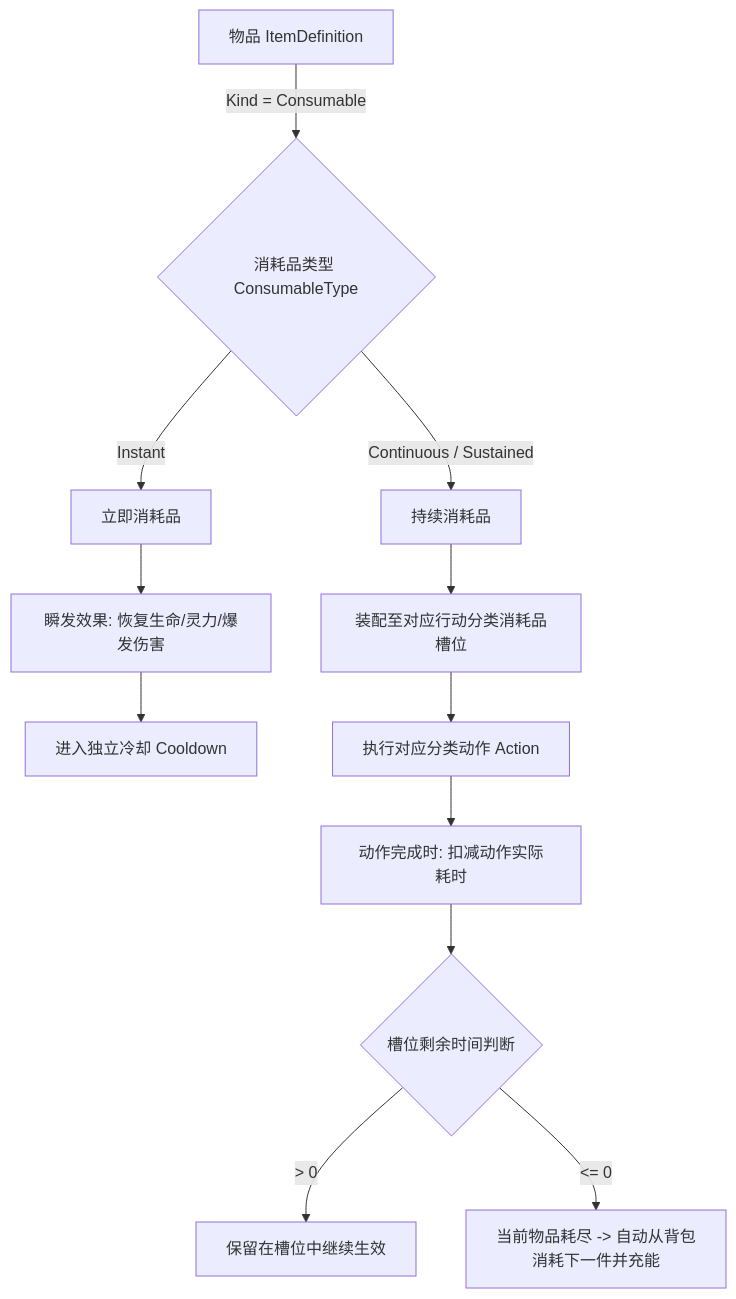
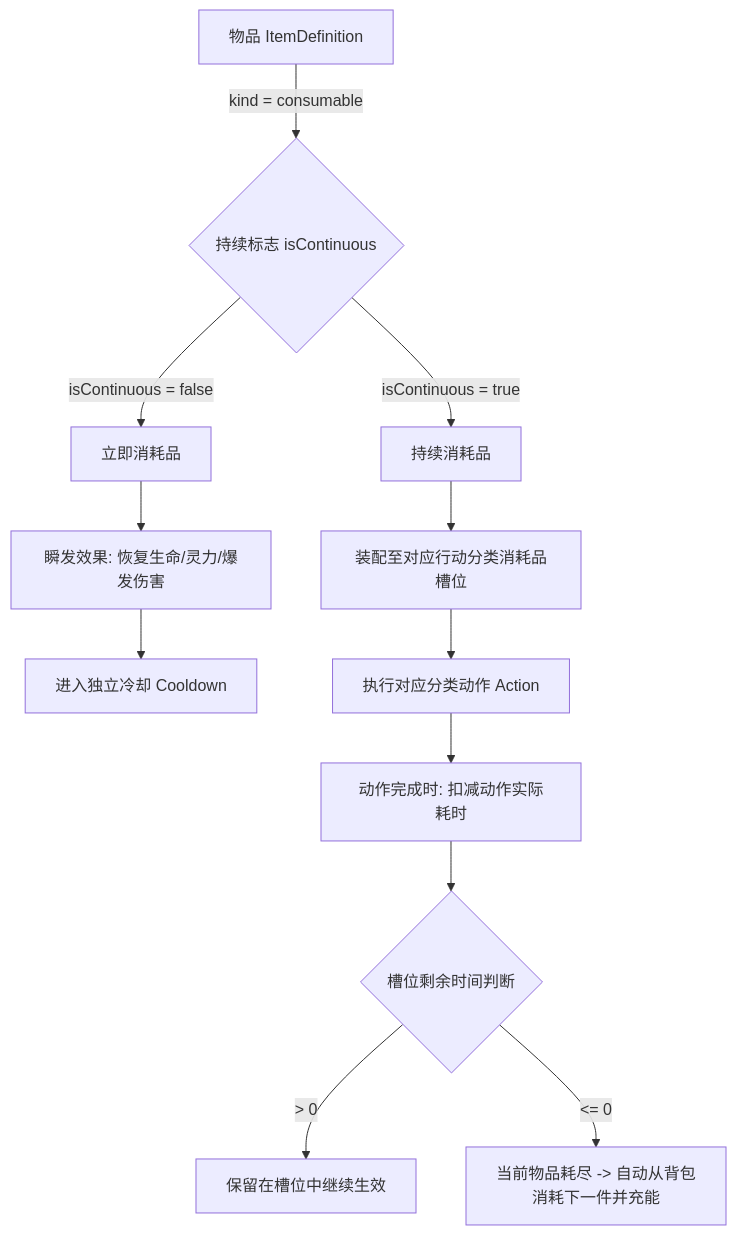
One commit to fruktoguo/daohua changed the diagram in docs/design/sustained-consumable-system.md. Above: the diagram before and after it, drawn with Mermaid. The commit also changed other lines of this file and 27 other files, not shown here.

````diff
--- a/docs/design/sustained-consumable-system.md
+++ b/docs/design/sustained-consumable-system.md
@@ -23,16 +23,16 @@
 ```mermaid
 graph TD
-    Item[物品 ItemDefinition] -->|Kind = Consumable| ConsumableType{消耗品类型 ConsumableType}
-    ConsumableType -->|Instant| InstantItem[立即消耗品]
-    ConsumableType -->|Continuous / Sustained| ContinuousItem[持续消耗品]
+    Item[物品 ItemDefinition] -->|"kind = consumable"| IsContinuous{持续标志 isContinuous}
+    IsContinuous -->|"isContinuous = false"| InstantItem[立即消耗品]
+    IsContinuous -->|"isContinuous = true"| ContinuousItem[持续消耗品]
 
     InstantItem --> InstantEffect[瞬发效果: 恢复生命/灵力/爆发伤害]
     InstantEffect --> InstantCD[进入独立冷却 Cooldown]
 
     ContinuousItem --> EquipSlot[装配至对应行动分类消耗品槽位]
     EquipSlot --> ActionTrigger[执行对应分类动作 Action]
     ActionTrigger --> DurationDeduct[动作完成时: 扣减动作实际耗时]
     DurationDeduct --> TimeCheck{槽位剩余时间判断}
     TimeCheck -->|> 0| RetainTime[保留在槽位中继续生效]
     TimeCheck -->|<= 0| DepleteItem[当前物品耗尽 -> 自动从背包消耗下一件并充能]
 ```
````
